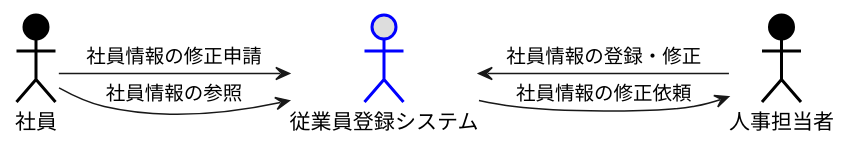
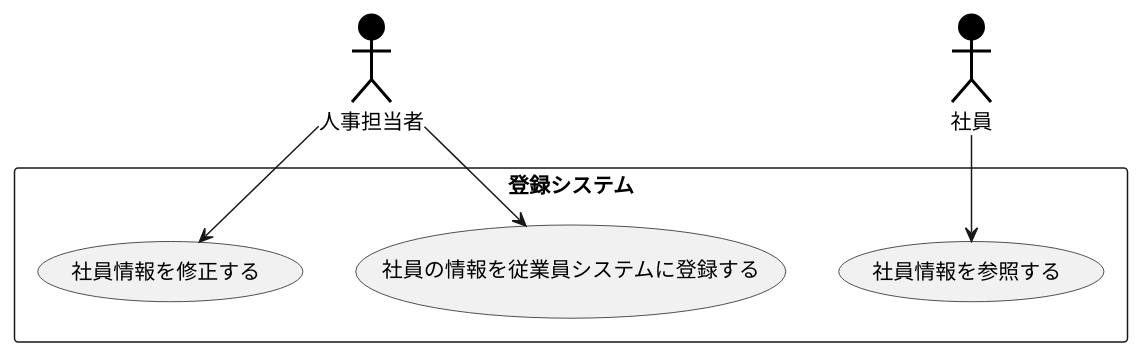
One commit to kou-hei/uml-introduction changed the diagram in 演習2-6_盛岡システム_従業員登録システム.pu. Above: the diagram before and after it, drawn with PlantUML. The commit also changed 1 other file, not shown here.

```diff
--- a/演習2-6_盛岡システム_従業員登録システム.pu
+++ b/演習2-6_盛岡システム_従業員登録システム.pu
@@ -1,11 +1,12 @@
-@startuml 従業員登録システム
-actor 社員 #000000;line:Black;line.bold;
-actor 人事担当者 #000000;line:Black;line.bold;
-actor 従業員登録システム #DDDDDD;line:Blue;line.bold;
-
-社員 -> 従業員登録システム : 社員情報の参照
-人事担当者 -> 従業員登録システム : 社員情報の登録・修正
-社員 -> 従業員登録システム : 社員情報の修正申請
-従業員登録システム -> 人事担当者 : 社員情報の修正依頼
-
+@startuml 従業員登録
+actor 人事担当者#000000;line:Black;line.bold;
+actor 社員#000000;line:Black;line.bold;
+rectangle 登録システム{
+    usecase 社員の情報を従業員システムに登録する
+    usecase 社員情報を参照する
+    usecase 社員情報を修正する
+}
+人事担当者-->社員の情報を従業員システムに登録する
+人事担当者-->社員情報を修正する
+社員-->社員情報を参照する
 @enduml
```
